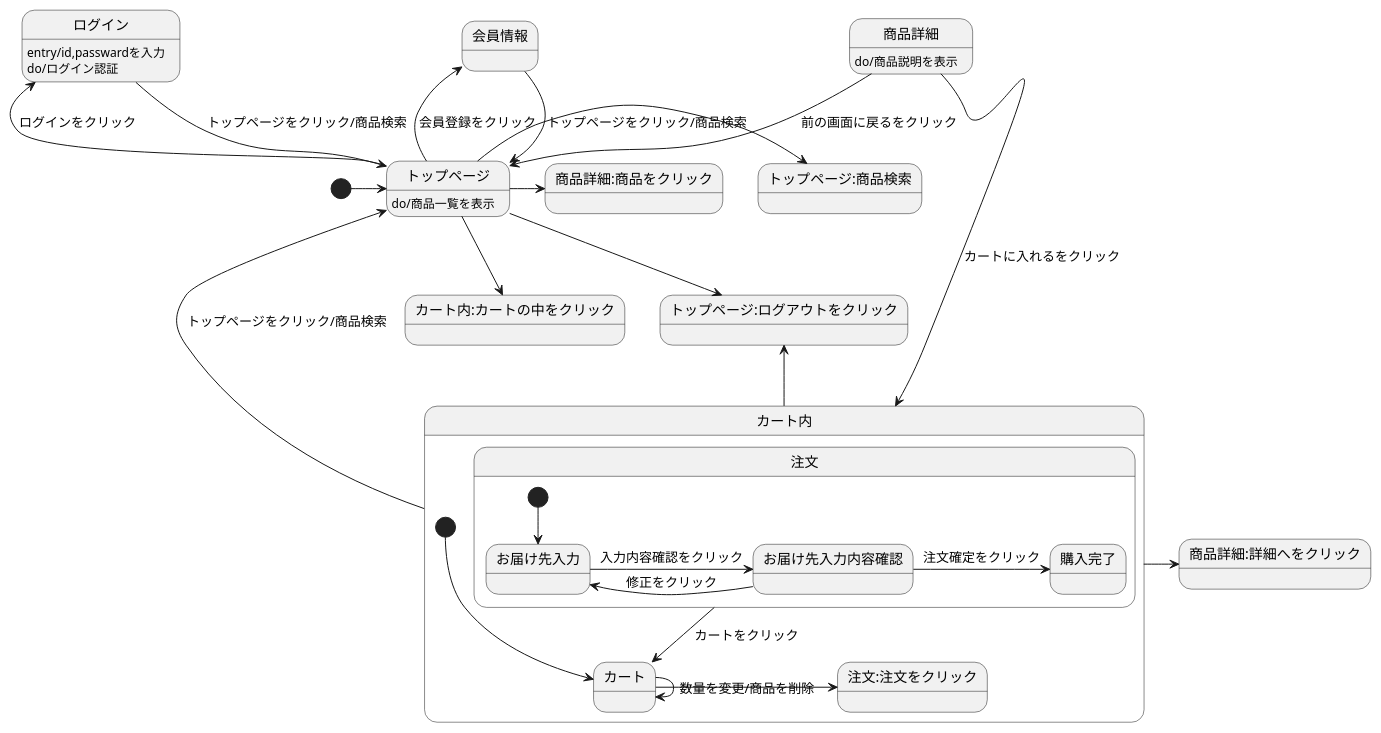
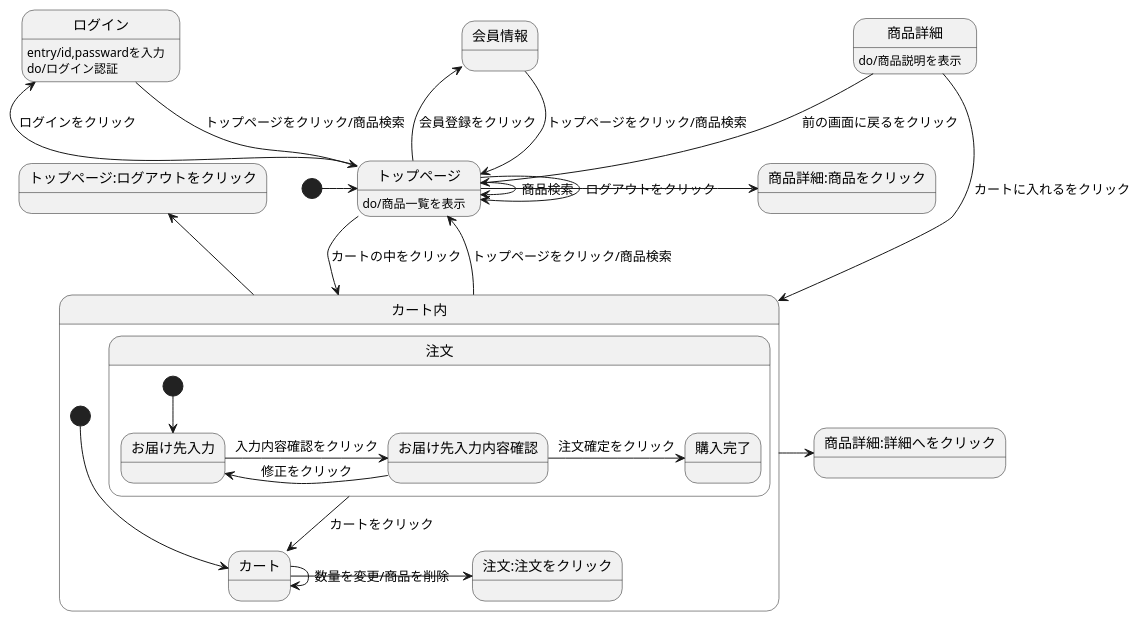
Before and after one commit to Aso2001376/2021sys-design: the diagram in toppage.md, drawn with PlantUML.

````diff
--- a/toppage.md
+++ b/toppage.md
@@ -1,35 +1,35 @@
 ```uml
 @startuml
 [*] -> トップページ
 会員情報 --> トップページ : トップページをクリック/商品検索
 ログイン --> トップページ : トップページをクリック/商品検索
-ログイン:entry/id,passwardを入力
-ログイン:do/ログイン認証
-トップページ --> トップページ:ログアウトをクリック
-トップページ -> トップページ:商品検索
+ログイン : entry/id,passwardを入力
+ログイン : do/ログイン認証
+トップページ --> トップページ : ログアウトをクリック
+トップページ -> トップページ : 商品検索
 トップページ -> 商品詳細:商品をクリック
 トップページ -left-> 会員情報 : 会員登録をクリック
 トップページ -left-> ログイン : ログインをクリック
-トップページ --> カート内:カートの中をクリック
+トップページ --> カート内 : カートの中をクリック
 トップページ : do/商品一覧を表示
-商品詳細 --> カート内 :カートに入れるをクリック
+商品詳細 --> カート内 : カートに入れるをクリック
 商品詳細 --> トップページ : 前の画面に戻るをクリック
-商品詳細:do/商品説明を表示
-カート内-up->トップページ:トップページをクリック/商品検索
-カート内-up->トップページ:ログアウトをクリック
+商品詳細 : do/商品説明を表示
+カート内 -up-> トップページ:トップページをクリック/商品検索
+カート内 -up-> トップページ:ログアウトをクリック
 カート内 -> 商品詳細:詳細へをクリック
 
 state カート内{
 [*]--> カート
 カート-> 注文:注文をクリック
 カート->カート: 数量を変更/商品を削除
 注文 --> カート: カートをクリック
 state 注文{
 [*] --> お届け先入力
 お届け先入力 -> お届け先入力内容確認: 入力内容確認をクリック
 お届け先入力内容確認 -> お届け先入力: 修正をクリック
 お届け先入力内容確認 -> 購入完了: 注文確定をクリック
   }
  }
 @enduml
 ```
````
